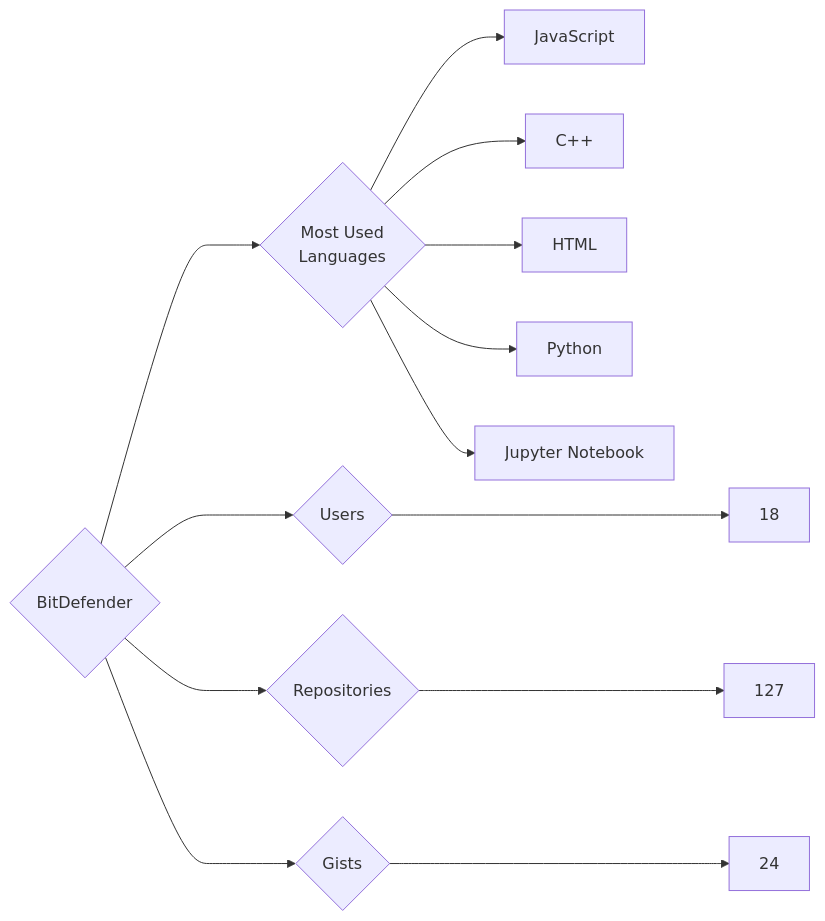
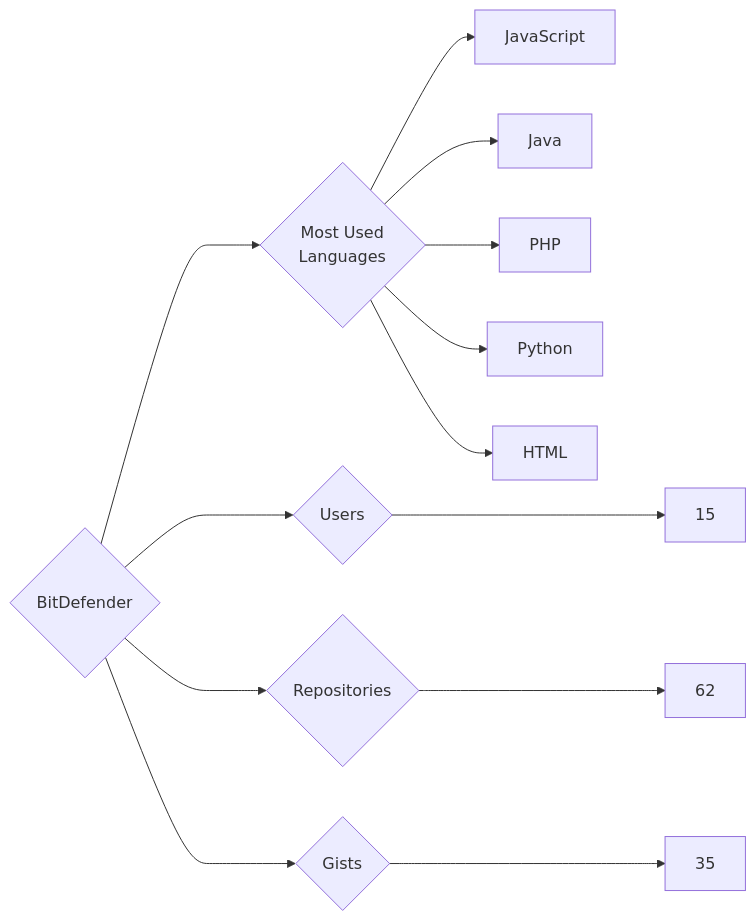
One commit to trickest/insiders changed the diagram in targets/BitDefender/README.md. Above: the diagram before and after it, drawn with Mermaid. The commit also changed 748 other files, not shown here.

````diff
--- a/targets/BitDefender/README.md
+++ b/targets/BitDefender/README.md
@@ -3,13 +3,13 @@
 ```mermaid
 graph LR
 COMPANY_NAME{BitDefender}
-COMPANY_NAME ---> U{Users} ---> UN[18]
-COMPANY_NAME ---> R{Repositories} ---> RN[127]
-COMPANY_NAME ---> G{Gists} ---> GN[24]
+COMPANY_NAME ---> U{Users} ---> UN[15]
+COMPANY_NAME ---> R{Repositories} ---> RN[62]
+COMPANY_NAME ---> G{Gists} ---> GN[35]
 COMPANY_NAME ---> ML{Most Used<br>Languages}
 ML --> JavaScript[JavaScript]
-ML --> C++[C++]
+ML --> Java[Java]
+ML --> PHP[PHP]
+ML --> Python[Python]
 ML --> HTML[HTML]
-ML --> Python[Python]
-ML --> Jupyter_Notebook[Jupyter Notebook]
 ```
````
